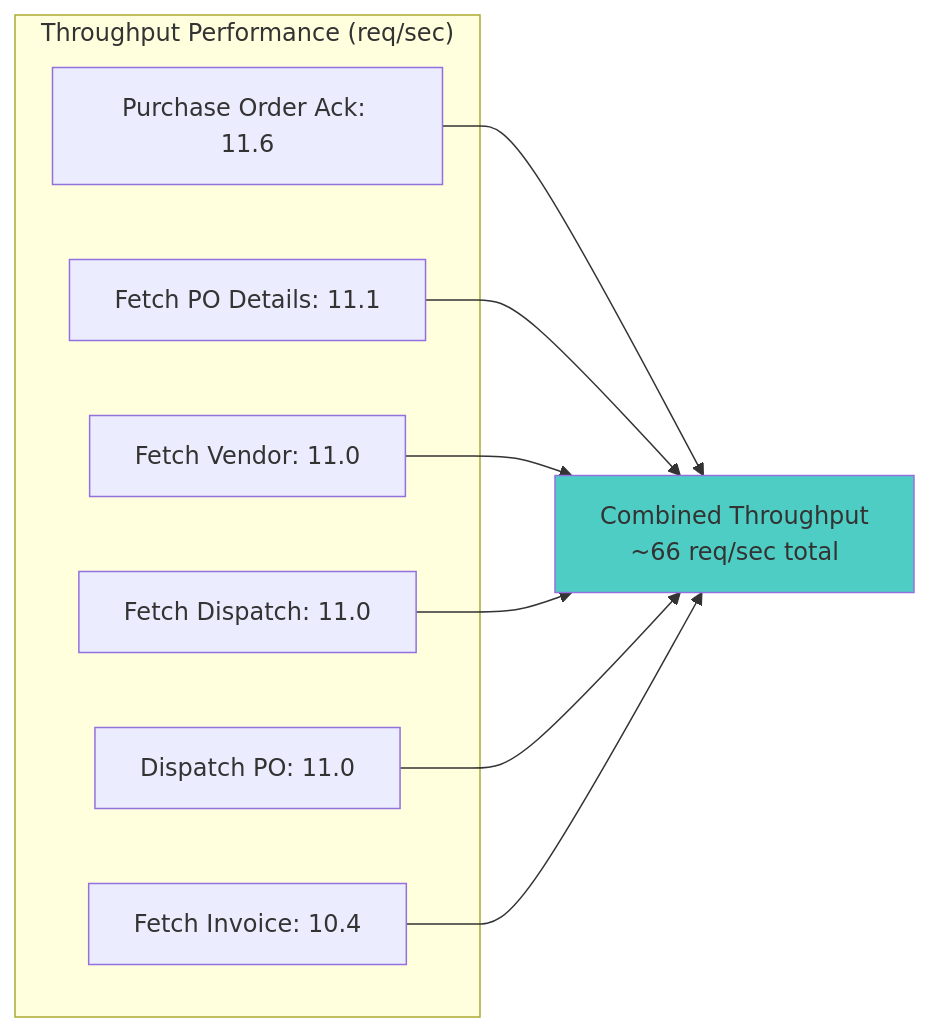
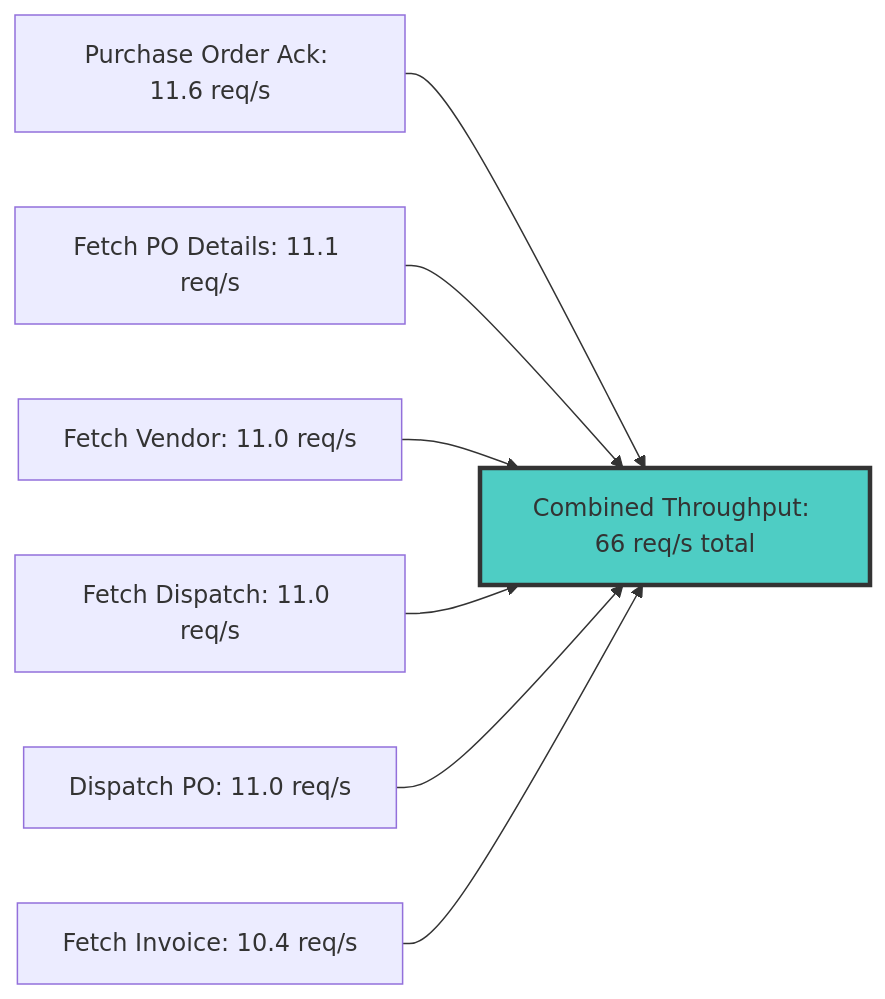
Before and after one commit to gohilmahaveer/json-format-service: the second of 5 diagrams in vendor-portal-report.md, drawn with Mermaid. The commit also changed other lines of this file, not shown here.

````diff
--- a/vendor-portal-report.md
+++ b/vendor-portal-report.md
@@ -72,22 +74,19 @@
 ```mermaid
-graph LR
-    subgraph "Throughput Performance (req/sec)"
-        A[Purchase Order Ack: 11.6]
-        B[Fetch PO Details: 11.1]
-        C[Fetch Vendor: 11.0]
-        D[Fetch Dispatch: 11.0]
-        E[Dispatch PO: 11.0]
-        F[Fetch Invoice: 10.4]
-    end
-    
-    G[Combined Throughput<br/>~66 req/sec total]
+flowchart LR
+    A[Purchase Order Ack: 11.6 req/s]
+    B[Fetch PO Details: 11.1 req/s]
+    C[Fetch Vendor: 11.0 req/s]
+    D[Fetch Dispatch: 11.0 req/s]
+    E[Dispatch PO: 11.0 req/s]
+    F[Fetch Invoice: 10.4 req/s]
+    G[Combined Throughput: 66 req/s total]
     
     A --> G
     B --> G
     C --> G
     D --> G
     E --> G
     F --> G
     
-    style G fill:#4ecdc4
+    style G fill:#4ecdc4,stroke:#333,stroke-width:3px
 ```
````
